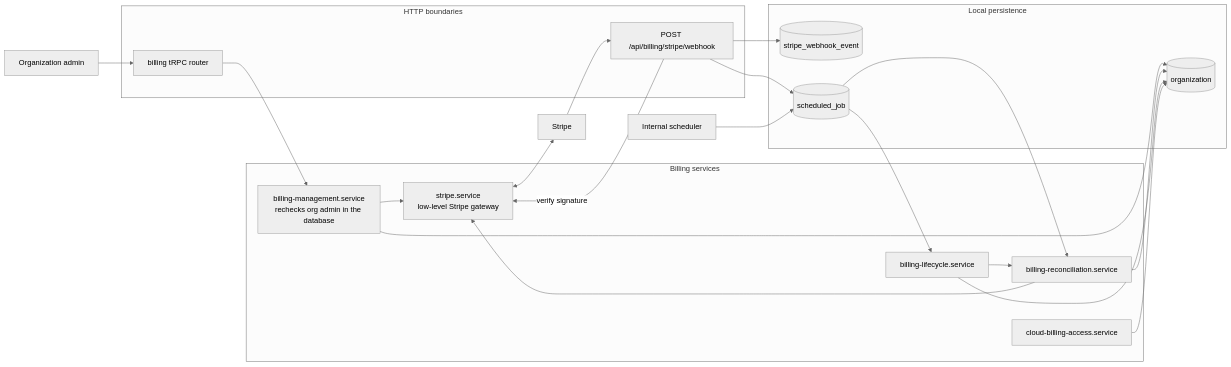
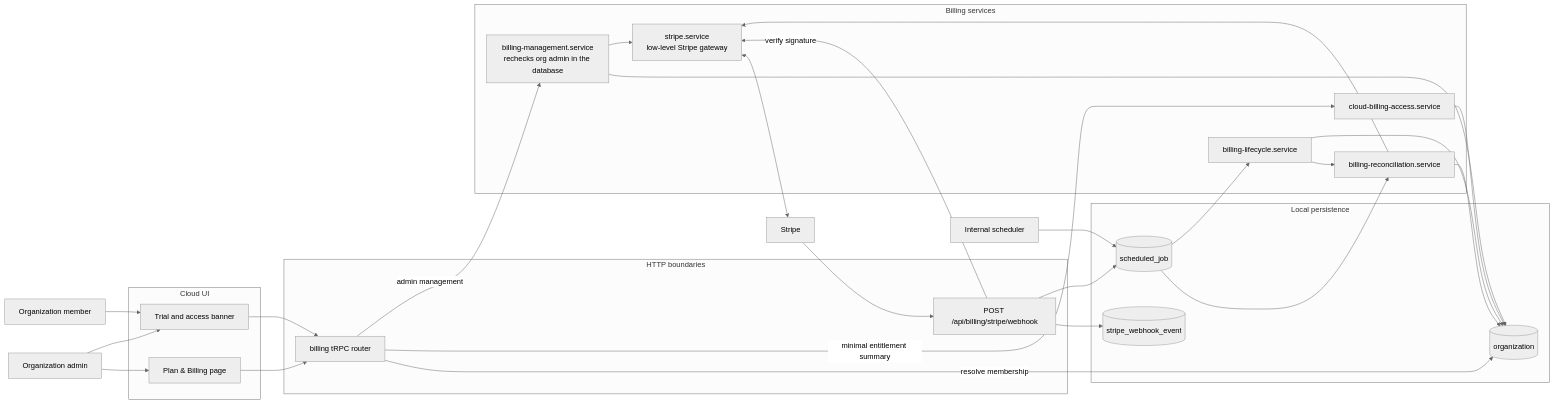
One commit to getnao/nao changed the first of 13 diagrams in apps/backend/docs/cloud-billing-stripe.md. Above: the diagram before and after it, drawn with Mermaid (neutral theme). The commit also changed other lines of this file and 4 other files, not shown here.

Commit message:
show cloud billing access banner

````diff
--- a/apps/backend/docs/cloud-billing-stripe.md
+++ b/apps/backend/docs/cloud-billing-stripe.md
@@ -27,43 +27,55 @@
 ```mermaid
 flowchart LR
     Admin["Organization admin"]
+    Member["Organization member"]
     Stripe["Stripe"]
     Scheduler["Internal scheduler"]
+
+    subgraph Browser["Cloud UI"]
+        BillingPage["Plan & Billing page"]
+        AccessBanner["Trial and access banner"]
+    end
 
     subgraph HTTP["HTTP boundaries"]
         Router["billing tRPC router"]
         Webhook["POST /api/billing/stripe/webhook"]
     end
 
     subgraph Services["Billing services"]
         Management["billing-management.service<br/>rechecks org admin in the database"]
         Gateway["stripe.service<br/>low-level Stripe gateway"]
         Reconciliation["billing-reconciliation.service"]
         Lifecycle["billing-lifecycle.service"]
         Access["cloud-billing-access.service"]
     end
 
     subgraph Persistence["Local persistence"]
         Organization[("organization")]
         Inbox[("stripe_webhook_event")]
         Jobs[("scheduled_job")]
     end
 
-    Admin --> Router
-    Router --> Management
+    Admin --> BillingPage
+    Admin --> AccessBanner
+    Member --> AccessBanner
+    BillingPage --> Router
+    AccessBanner --> Router
+    Router -->|"resolve membership"| Organization
+    Router -->|"minimal entitlement summary"| Access
+    Router -->|"admin management"| Management
     Management --> Organization
     Management --> Gateway
     Stripe --> Webhook
     Webhook -->|verify signature| Gateway
     Webhook --> Inbox
     Webhook --> Jobs
     Scheduler --> Jobs
     Jobs --> Reconciliation
     Jobs --> Lifecycle
     Reconciliation --> Gateway
     Reconciliation --> Organization
     Lifecycle --> Reconciliation
     Lifecycle --> Organization
     Access --> Organization
     Gateway <--> Stripe
 ```
````
